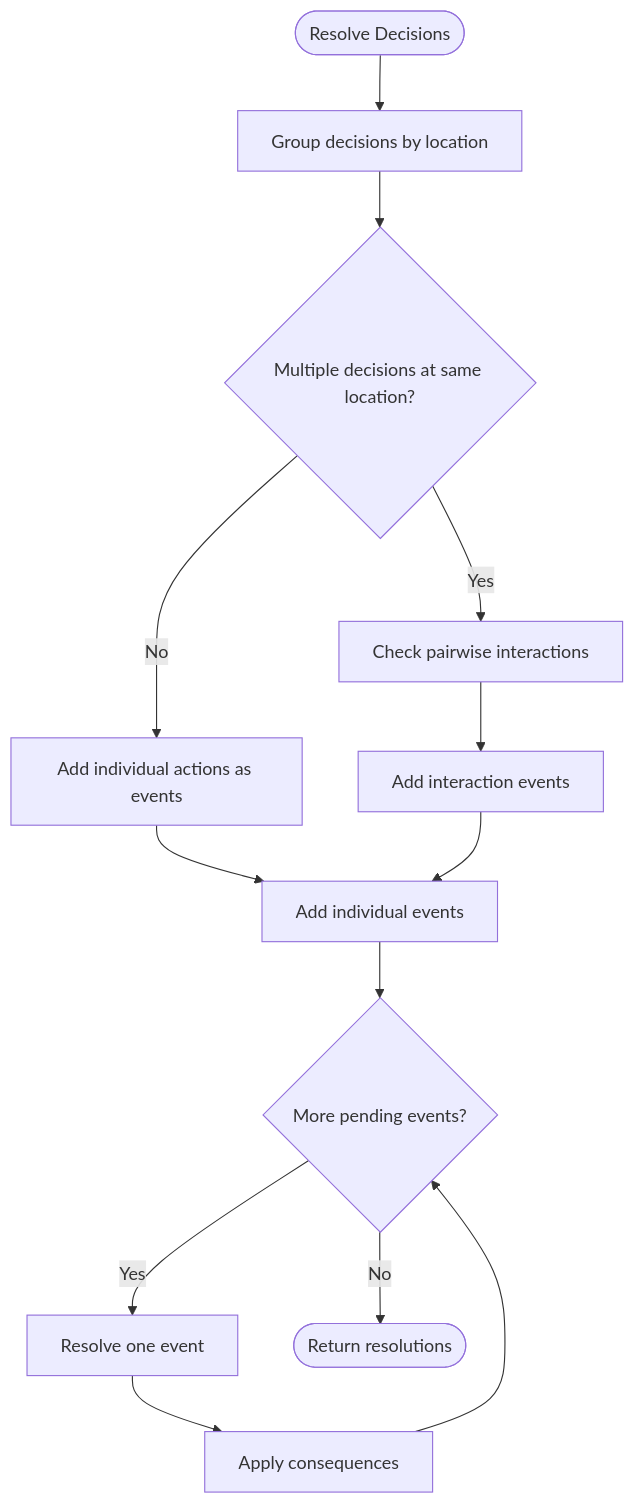
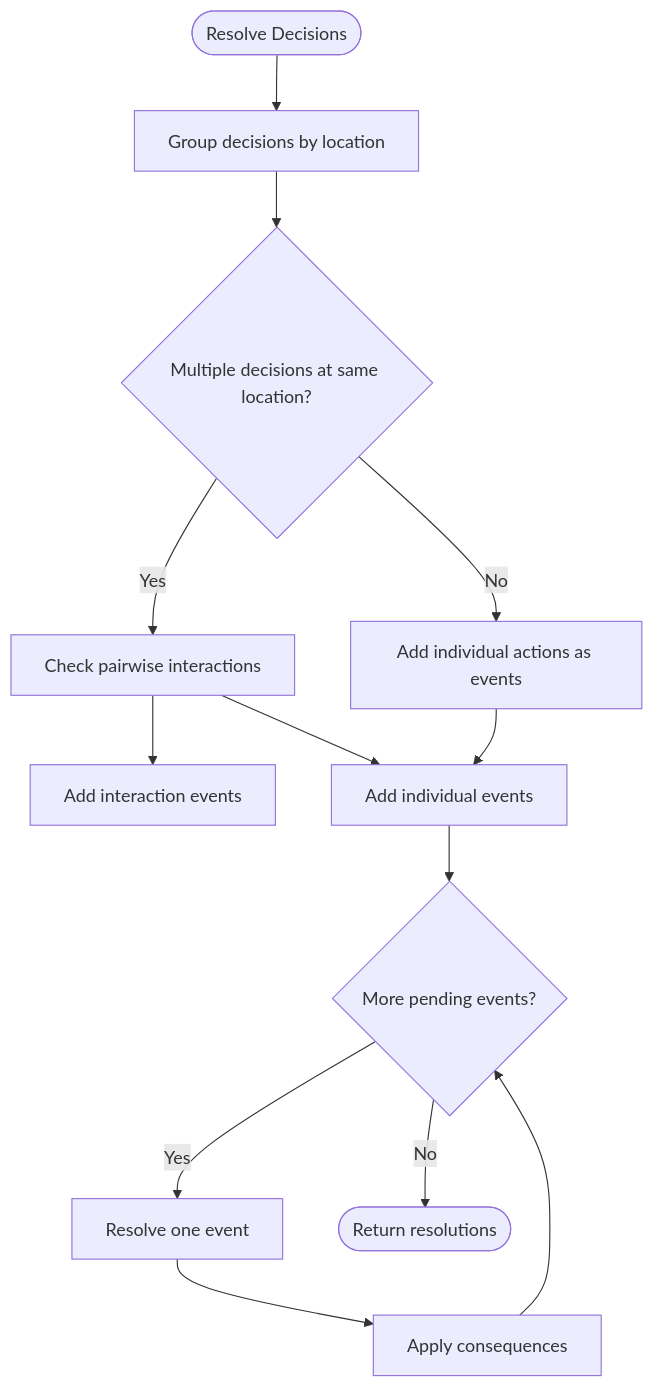
Before and after one commit to liwonder/NARRITIVE_OS: the fifth of 9 diagrams in .qoder/repowiki/en/content/Engine Architecture/World State Engine.md, drawn with Mermaid. The commit also changed other lines of this file and 14 other files, not shown here.

````diff
--- a/.qoder/repowiki/en/content/Engine Architecture/World State Engine.md
+++ b/.qoder/repowiki/en/content/Engine Architecture/World State Engine.md
@@ -245,15 +265,15 @@
 ```mermaid
 flowchart TD
 Start(["Resolve Decisions"]) --> Group["Group decisions by location"]
 Group --> Interactions{"Multiple decisions at same location?"}
 Interactions --> |Yes| CheckPairs["Check pairwise interactions"]
 Interactions --> |No| AddIndividual["Add individual actions as events"]
 CheckPairs --> AddInteraction["Add interaction events"]
 AddIndividual --> AddEvents["Add individual events"]
-AddInteraction --> AddEvents
+CheckPairs --> AddEvents
 AddEvents --> ResolveLoop{"More pending events?"}
 ResolveLoop --> |Yes| ResolveOne["Resolve one event"]
 ResolveOne --> Consequences["Apply consequences"]
 Consequences --> ResolveLoop
 ResolveLoop --> |No| End(["Return resolutions"])
 ```
````
